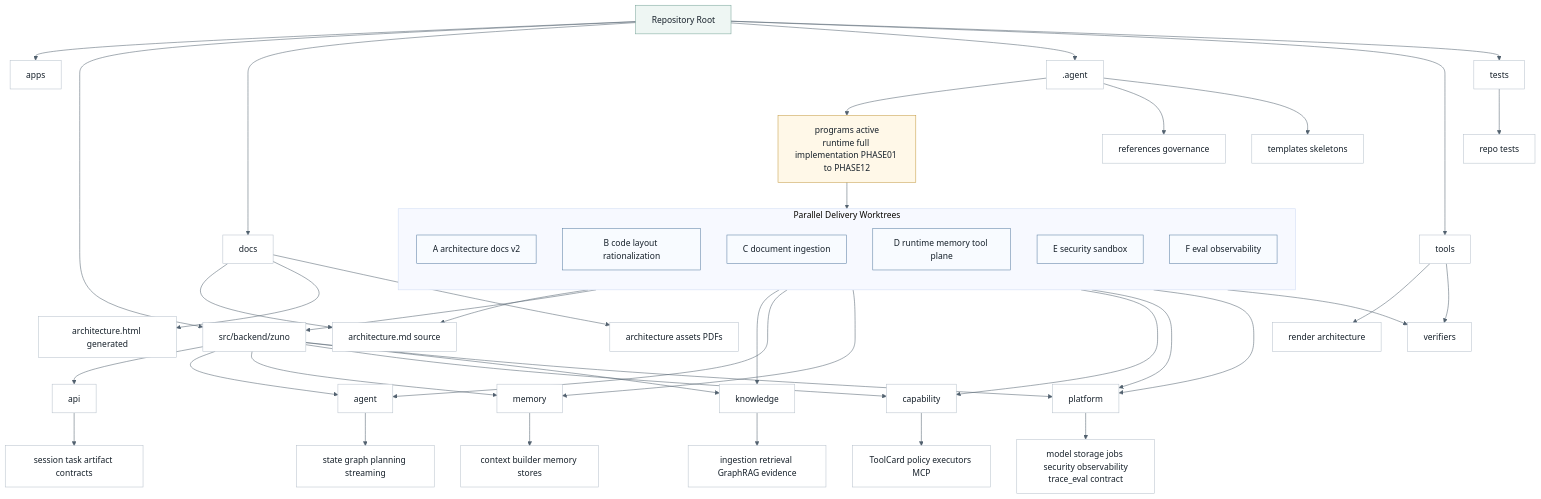
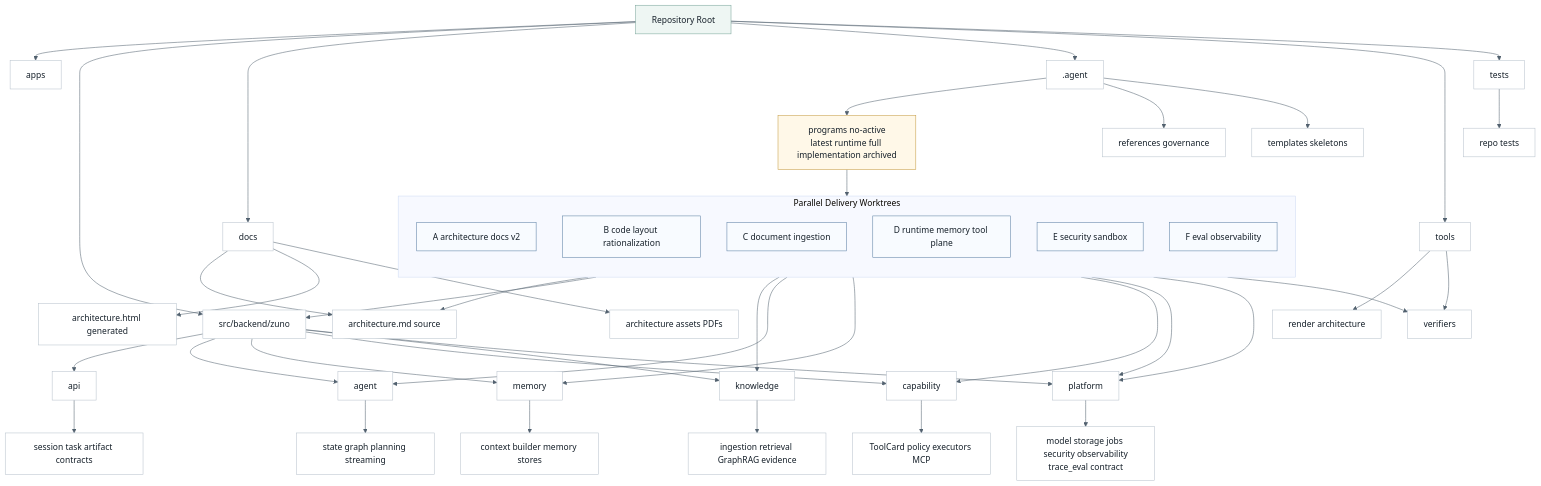
One commit to ProfessorZhi/Zuno changed the second of 10 diagrams in docs/architecture/architecture.md. Above: the diagram before and after it, drawn with Mermaid. The commit also changed other lines of this file and 40 other files, not shown here.

Commit message:
chore: close runtime implementation program

````diff
--- a/docs/architecture/architecture.md
+++ b/docs/architecture/architecture.md
@@ -1156,59 +1156,59 @@
 ```mermaid
 %%{init: {"theme": "base", "themeVariables": {"background": "#f7f8fb", "lineColor": "#52616f"}}}%%
 flowchart TB
   classDef node fill:#ffffff,stroke:#b8c2cc,stroke-width:1px,color:#16202a;
   classDef accent fill:#eef6f3,stroke:#7aa59a,stroke-width:1px,color:#16202a;
   classDef guard fill:#fff8e8,stroke:#c59b43,stroke-width:1px,color:#16202a;
   classDef work fill:#f8fbff,stroke:#5b7fa3,stroke-width:1px,color:#16202a;
 
   R["Repository Root"]:::accent
   R --> APPS["apps"]
   R --> BACKEND["src/backend/zuno"]
   R --> DOCS["docs"]
   R --> AGENT[".agent"]
   R --> TOOLS["tools"]
   R --> TESTS["tests"]
   BACKEND --> API["api"]
   BACKEND --> AG["agent"]
   BACKEND --> MEM["memory"]
   BACKEND --> CAP["capability"]
   BACKEND --> KNO["knowledge"]
   BACKEND --> PLA["platform"]
   API --> APISTATE["session task artifact contracts"]
   AG --> RUNTIME["state graph planning streaming"]
   MEM --> MEMSYS["context builder memory stores"]
   CAP --> TOOLSYS["ToolCard policy executors MCP"]
   KNO --> KNOWSYS["ingestion retrieval GraphRAG evidence"]
   PLA --> PLATSYS["model storage jobs security observability<br/>trace_eval contract"]
   DOCS --> FORMAL["architecture.md source"]
   DOCS --> HTML["architecture.html generated"]
   DOCS --> ASSETS["architecture assets PDFs"]
-  AGENT --> PROGRAM["programs active<br/>runtime full implementation PHASE01 to PHASE12"]:::guard
+  AGENT --> PROGRAM["programs no-active<br/>latest runtime full implementation archived"]:::guard
   AGENT --> REFS["references governance"]
   AGENT --> TPL["templates skeletons"]
   TOOLS --> RENDER["render architecture"]
   TOOLS --> VERIFY["verifiers"]
   TESTS --> REPO["repo tests"]
 
   subgraph WORK["Parallel Delivery Worktrees"]
     direction TB
     WA["A architecture docs v2"]:::work
     WB["B code layout rationalization"]:::work
     WC["C document ingestion"]:::work
     WD["D runtime memory tool plane"]:::work
     WE["E security sandbox"]:::work
     WF["F eval observability"]:::work
   end
 
   PROGRAM --> WORK
   WA --> FORMAL
   WB --> BACKEND
   WC --> KNO
   WD --> AG
   WD --> MEM
   WD --> CAP
   WE --> PLA
   WF --> PLA
   WORK --> VERIFY
   class APPS,BACKEND,DOCS,AGENT,TOOLS,TESTS,API,AG,MEM,CAP,KNO,PLA,APISTATE,RUNTIME,MEMSYS,TOOLSYS,KNOWSYS,PLATSYS,FORMAL,HTML,ASSETS,REFS,TPL,RENDER,VERIFY,REPO node;
 ```
````
